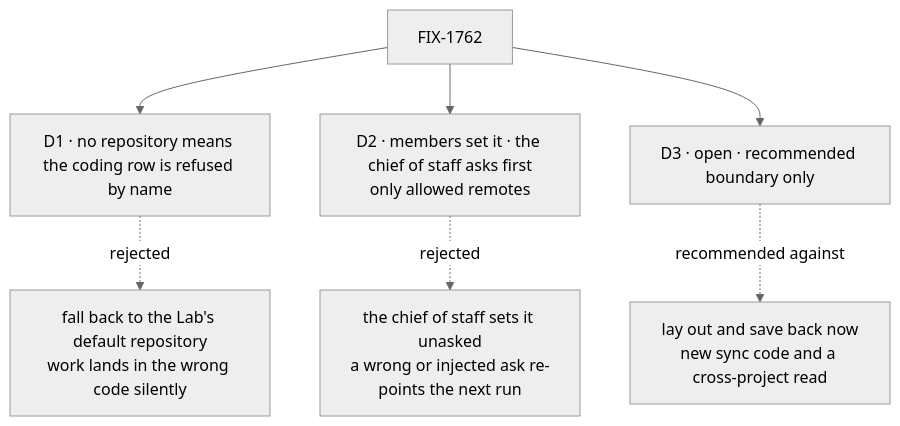
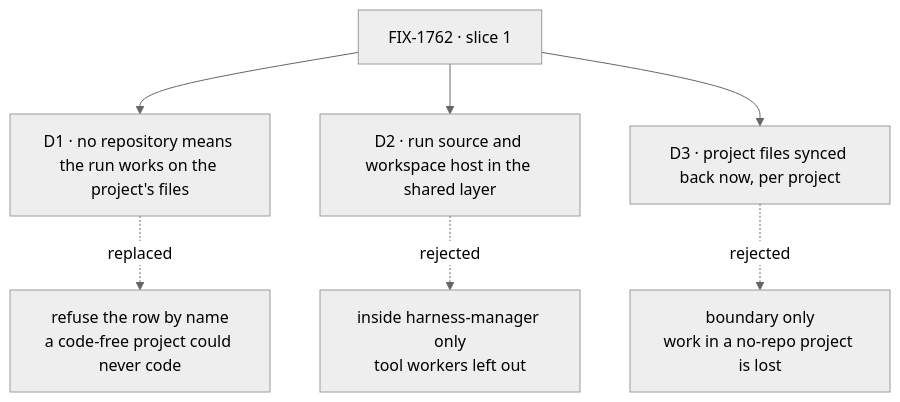
One commit to fixpoint-labs/flow-state-dev changed the diagram in specs/issues/FIX-1762/DECISIONS.md. Above: the diagram before and after it, drawn with Mermaid (neutral theme). The commit also changed other lines of this file and 18 other files, not shown here.

First line of the commit message:
spec(FIX-1762): owner direction — files source, shared workspace host, slices 2–4

````diff
--- a/specs/issues/FIX-1762/DECISIONS.md
+++ b/specs/issues/FIX-1762/DECISIONS.md
@@ -10,9 +10,9 @@
 ```mermaid
 flowchart TD
-  I["FIX-1762"] --> D1["D1 · no repository means the coding row is refused by name"]
-  D1 -.->|"rejected"| X1["fall back to the Lab's default repository<br/>work lands in the wrong code silently"]
-  I --> D2["D2 · members set it · the chief of staff asks first<br/>only allowed remotes"]
-  D2 -.->|"rejected"| X2["the chief of staff sets it unasked<br/>a wrong or injected ask re-points the next run"]
-  I --> D3["D3 · open · recommended boundary only"]
-  D3 -.->|"recommended against"| X3["lay out and save back now<br/>new sync code and a cross-project read"]
+  I["FIX-1762 · slice 1"] --> D1["D1 · no repository means the run works on the project's files"]
+  D1 -.->|"replaced"| X1["refuse the row by name<br/>a code-free project could never code"]
+  I --> D2["D2 · run source and workspace host in the shared layer"]
+  D2 -.->|"rejected"| X2["inside harness-manager only<br/>tool workers left out"]
+  I --> D3["D3 · project files synced back now, per project"]
+  D3 -.->|"rejected"| X3["boundary only<br/>work in a no-repo project is lost"]
 ```
````
